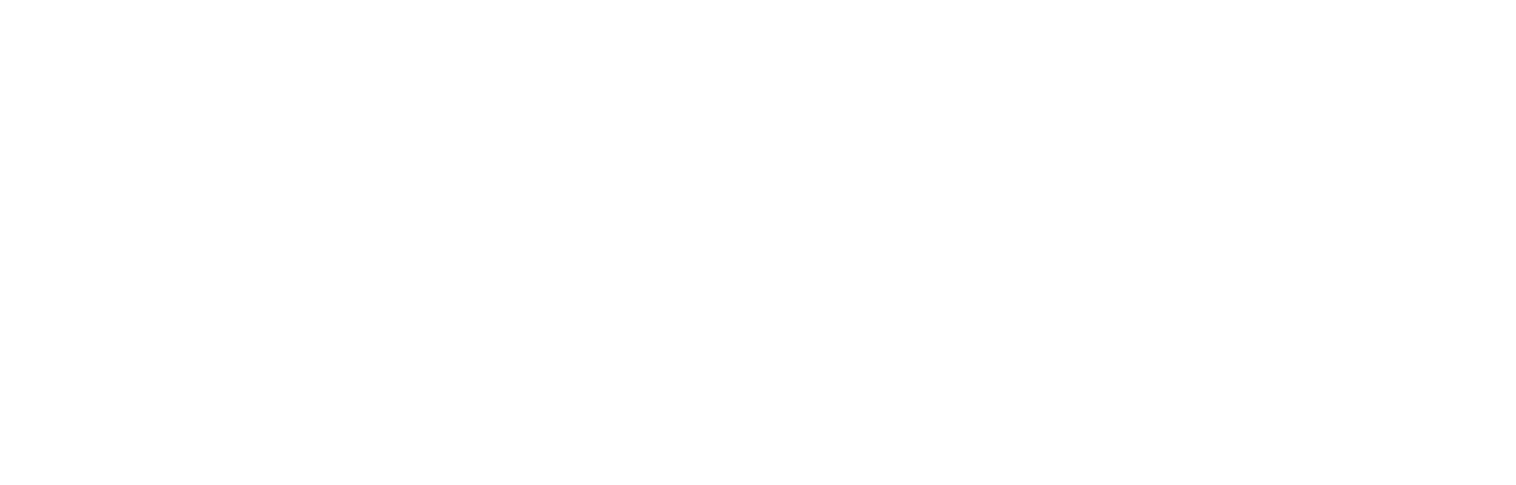
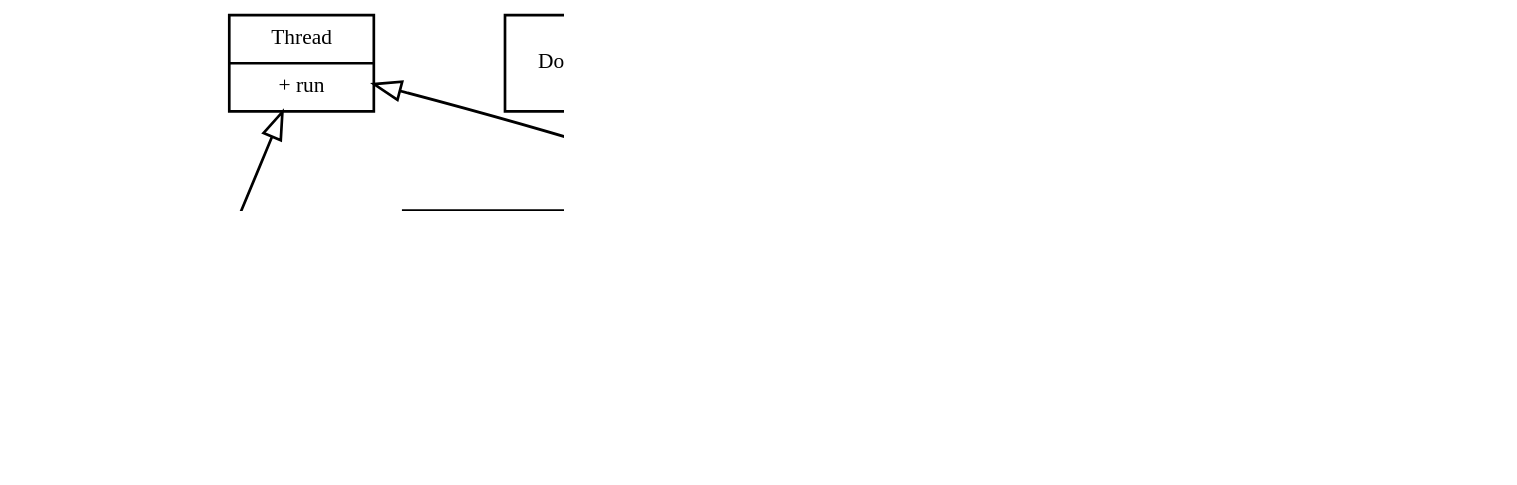
Before and after one commit to toane/Congruence: the diagram in class_diagram.dot, drawn with Graphviz. The commit also changed 7 other files, not shown here.

```diff
--- a/class_diagram.dot
+++ b/class_diagram.dot
@@ -1,42 +1,45 @@
 digraph G {
         fontsize = 8
         rankdir = "BT"
         dpi=200
 
         node [
                 fontsize = 8
                 shape = "record"
             ]
 
   edge [
                 arrowhead = "empty"
         ]
 
 "Thread" [
  label = "{Thread|+ run}"
 ]
 
 "DBFace" [
     label = "{DBFace|+ find_with_content (str) \l+ find_with_search_term (str)}"
     ]
 
 
 "JSScrapper" -> "Thread"
 "StaticScrapper" -> "Thread"
 "CNNScrapper" -> "JSScrapper"
 "NouvelobsScrapper" -> "StaticScrapper"
 "LiberationScrapper" -> "StaticScrapper"
 "FigaroScrapper" -> "StaticScrapper"
 "NYTScrapper" -> "StaticScrapper"
 "BBCScrapper" -> "StaticScrapper"
+"DBFace" -> "Singleton"
+"Analyser" -> "Singleton"
 
   edge [
                 arrowhead = "normal"
         ]
 "LiberationScrapper" -> "DBFace"
 "NouvelobsScrapper" -> "DBFace"
 "FigaroScrapper" -> "DBFace"
 "CNNScrapper" -> "DBFace"
 "DBFace" -> "Document"
 
+
 }
```
